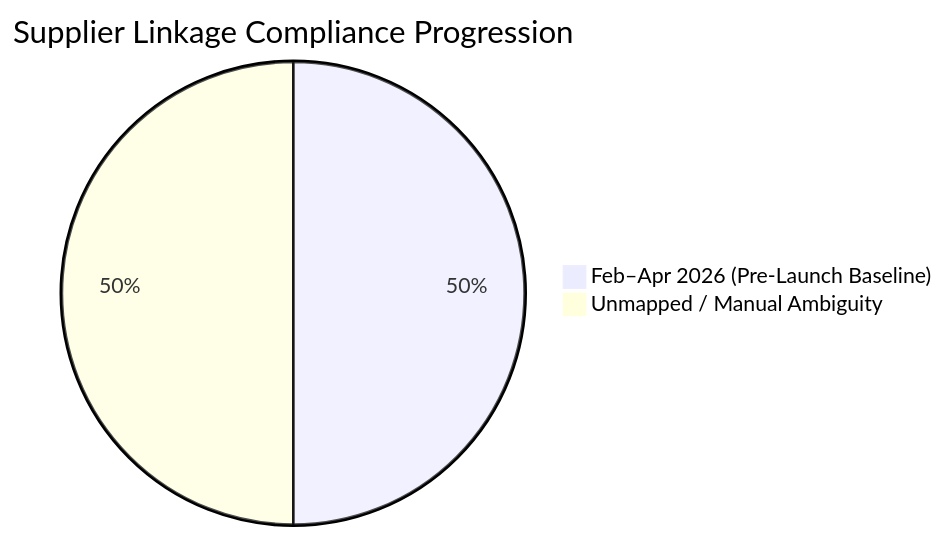
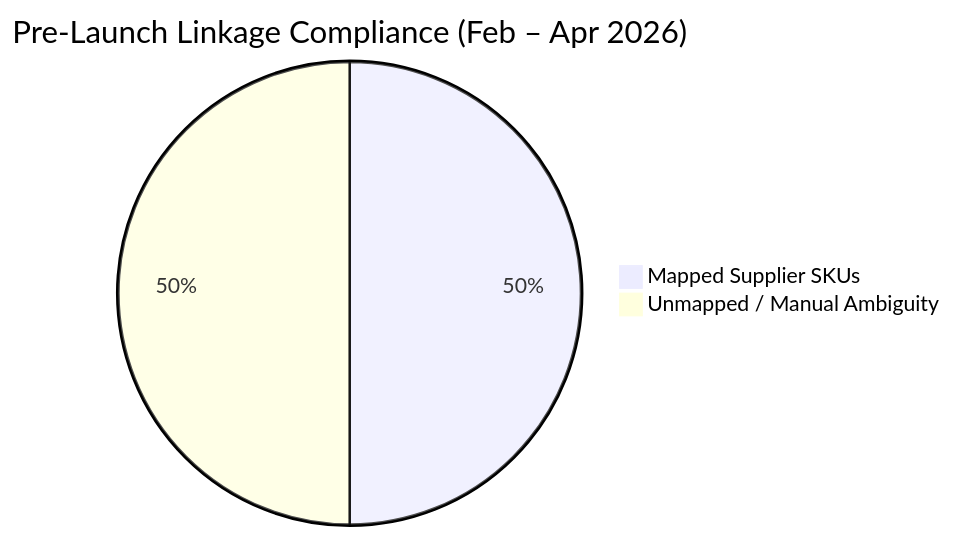
The third of 7 diagrams in docs/PROCUREFLOW_DEVELOPMENT_ACTION_PLAN.md (SPLGit-Project/ProcureFlow-App), drawn with Mermaid before and after one commit. The commit also changed other lines of this file and 1 other file, not shown here.

````diff
--- a/docs/PROCUREFLOW_DEVELOPMENT_ACTION_PLAN.md
+++ b/docs/PROCUREFLOW_DEVELOPMENT_ACTION_PLAN.md
@@ -77,5 +78,5 @@
 ```mermaid
-pie title Supplier Linkage Compliance Progression
-    "Feb–Apr 2026 (Pre-Launch Baseline)" : 50
+pie title Pre-Launch Linkage Compliance (Feb – Apr 2026)
+    "Mapped Supplier SKUs" : 50
     "Unmapped / Manual Ambiguity" : 50
 ```
````
